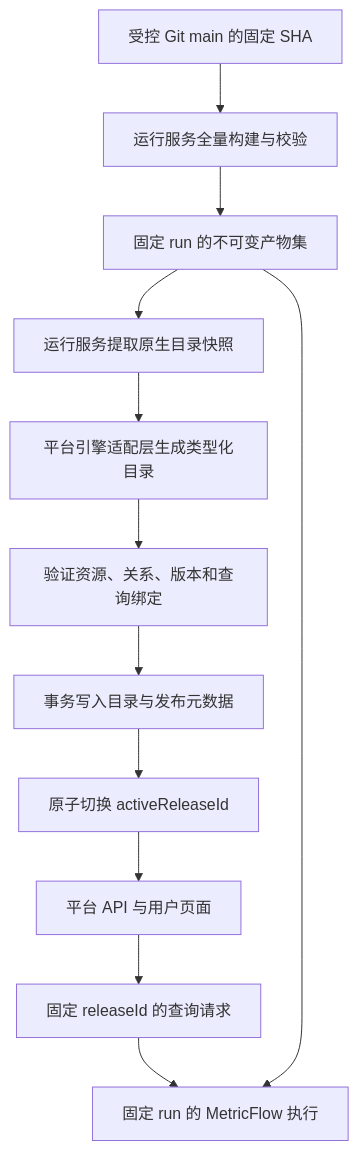
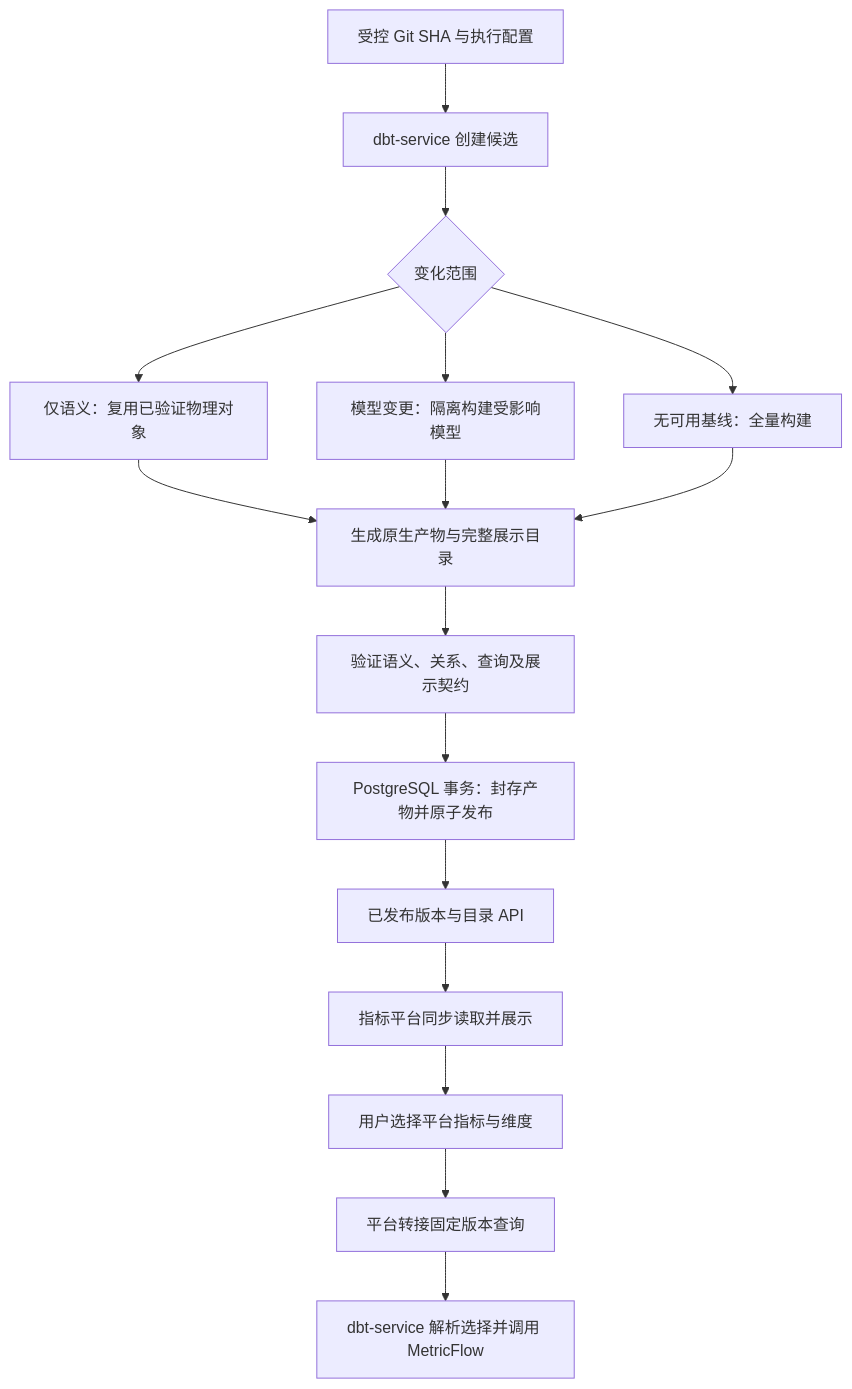
One commit to 823338779/metric_platform changed the diagram in docs/superpowers/specs/2026-09-30-artifact-driven-platform-catalog-design.md. Above: the diagram before and after it, drawn with Mermaid. The commit also changed other lines of this file and 2 other files, not shown here.

Commit message:
metric-platform 改造

````diff
--- a/docs/superpowers/specs/2026-09-30-artifact-driven-platform-catalog-design.md
+++ b/docs/superpowers/specs/2026-09-30-artifact-driven-platform-catalog-design.md
@@ -49,14 +41,18 @@
 ```mermaid
 flowchart TD
-    A[受控 Git main 的固定 SHA] --> B[运行服务全量构建与校验]
-    B --> C[固定 run 的不可变产物集]
-    C --> D[运行服务提取原生目录快照]
-    D --> E[平台引擎适配层生成类型化目录]
-    E --> F[验证资源、关系、版本和查询绑定]
-    F --> G[事务写入目录与发布元数据]
-    G --> H[原子切换 activeReleaseId]
-    H --> I[平台 API 与用户页面]
-    I --> J[固定 releaseId 的查询请求]
-    J --> K[固定 run 的 MetricFlow 执行]
-    C --> K
+    A[受控 Git SHA 与执行配置] --> B[dbt-service 创建候选]
+    B --> C{变化范围}
+    C --> D[仅语义：复用已验证物理对象]
+    C --> E[模型变更：隔离构建受影响模型]
+    C --> F[无可用基线：全量构建]
+    D --> G[生成原生产物与完整展示目录]
+    E --> G
+    F --> G
+    G --> H[验证语义、关系、查询及展示契约]
+    H --> I[PostgreSQL 事务：封存产物并原子发布]
+    I --> J[已发布版本与目录 API]
+    J --> K[指标平台同步读取并展示]
+    K --> L[用户选择平台指标与维度]
+    L --> M[平台转接固定版本查询]
+    M --> N[dbt-service 解析选择并调用 MetricFlow]
 ```
````
